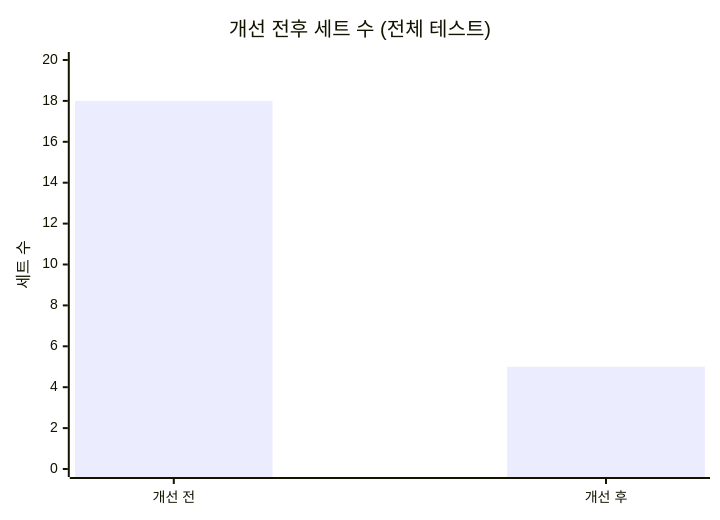
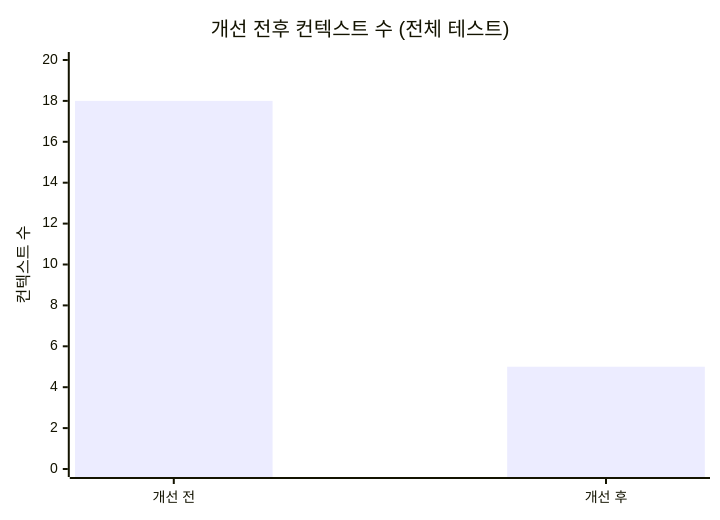
The sixth of 6 diagrams in blog/2026-08-03-spring-datajpatest-context-oom.mdx (johnycho/johny-dev), drawn with Mermaid before and after one commit. The commit also changed other lines of this file and 47 other files, not shown here.

````diff
--- a/blog/2026-08-03-spring-datajpatest-context-oom.mdx
+++ b/blog/2026-08-03-spring-datajpatest-context-oom.mdx
@@ -248,7 +262,7 @@
 ```mermaid
 xychart-beta
-    title "개선 전후 세트 수 (전체 테스트)"
+    title "개선 전후 컨텍스트 수 (전체 테스트)"
     x-axis ["개선 전","개선 후"]
-    y-axis "세트 수" 0 --> 20
+    y-axis "컨텍스트 수" 0 --> 20
     bar [18, 5]
 ```
````
